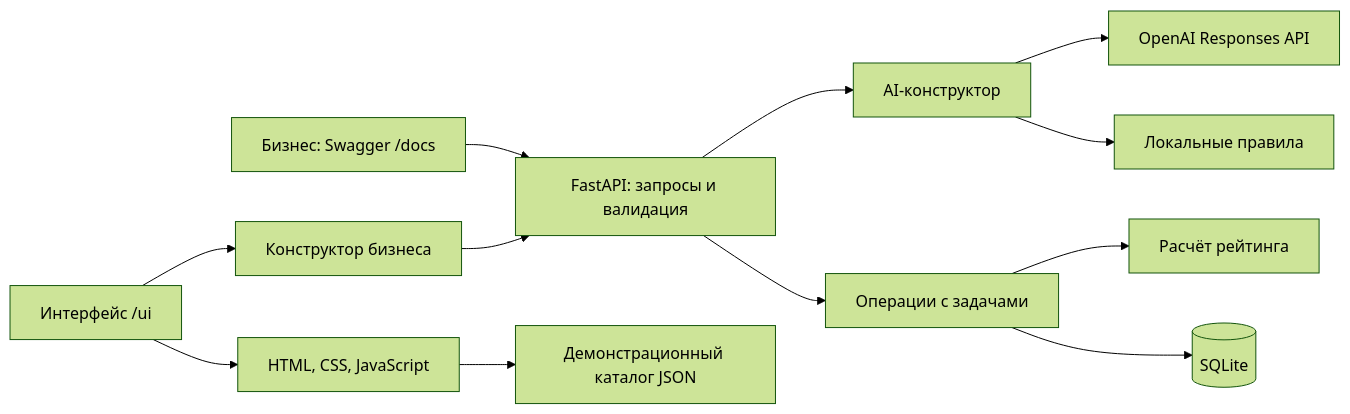
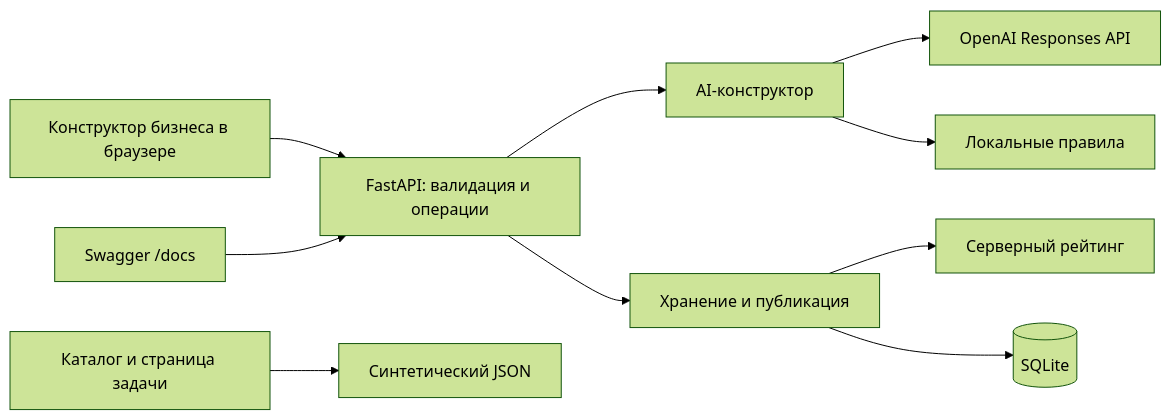
The diagram in README.md (BAITC-Hacks/hack-4484d2b6-arc-team), drawn with Mermaid (forest theme) before and after one commit. The commit also changed other lines of this file, not shown here.

````diff
--- a/README.md
+++ b/README.md
@@ -82,14 +76,12 @@
 ```mermaid
 flowchart LR
-    Judge[Бизнес: Swagger /docs] --> API[FastAPI: запросы и валидация]
+    Business[Конструктор бизнеса в браузере] --> API[FastAPI: валидация и операции]
+    Swagger[Swagger /docs] --> API
     API --> AI[AI-конструктор]
     AI --> OpenAI[OpenAI Responses API]
     AI --> Local[Локальные правила]
-    API --> Repo[Операции с задачами]
-    Repo --> Rating[Расчёт рейтинга]
+    API --> Repo[Хранение и публикация]
+    Repo --> Rating[Серверный рейтинг]
     Repo --> DB[(SQLite)]
-    Browser[Интерфейс /ui] --> Assets[HTML, CSS, JavaScript]
-    Browser --> Constructor[Конструктор бизнеса]
-    Constructor --> API
-    Assets --> Demo[Демонстрационный каталог JSON]
+    Catalog[Каталог и страница задачи] --> Demo[Синтетический JSON]
 ```
````
